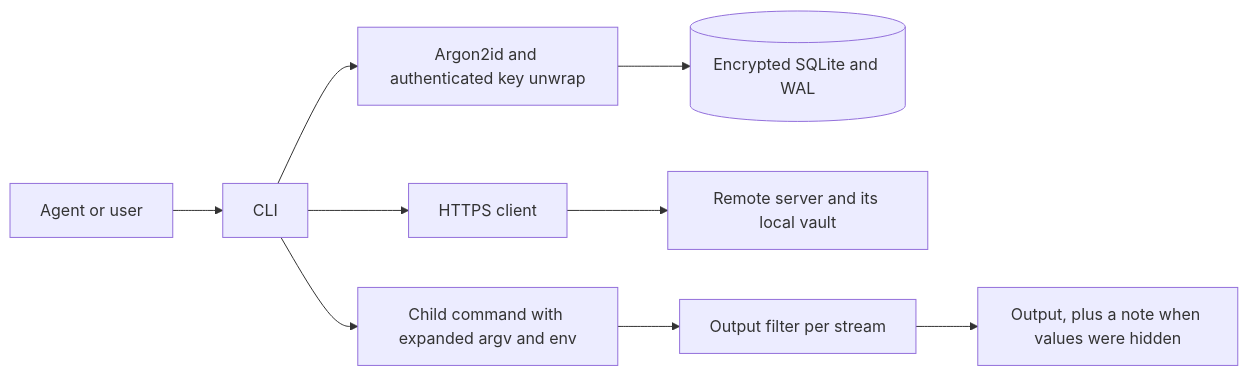
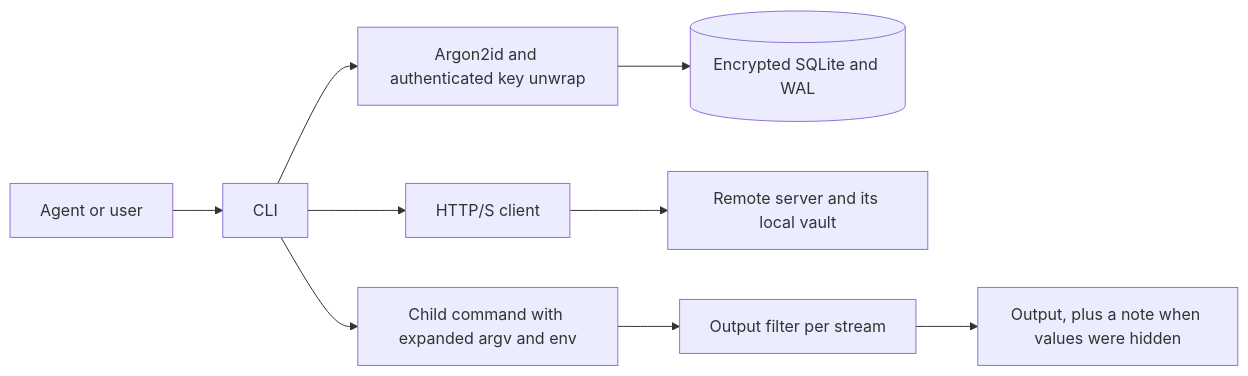
One commit to agyard/agsecret changed the diagram in docs/architecture.md. Above: the diagram before and after it, drawn with Mermaid. The commit also changed other lines of this file and 5 other files, not shown here.

````diff
--- a/docs/architecture.md
+++ b/docs/architecture.md
@@ -39,11 +39,11 @@
 ```mermaid
 flowchart LR
   A[Agent or user] --> C[CLI]
   C --> U[Argon2id and authenticated key unwrap]
   U --> S[(Encrypted SQLite and WAL)]
-  C --> H[HTTPS client]
+  C --> H[HTTP/S client]
   H --> V[Remote server and its local vault]
   C --> X[Child command with expanded argv and env]
   X --> R[Output filter per stream]
   R --> O[Output, plus a note when values were hidden]
 ```
````
